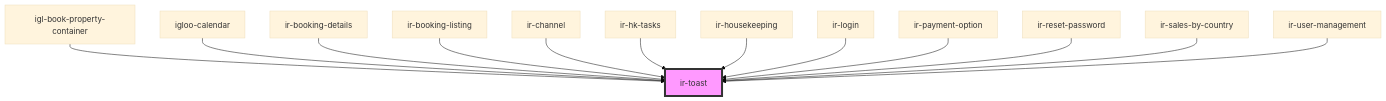
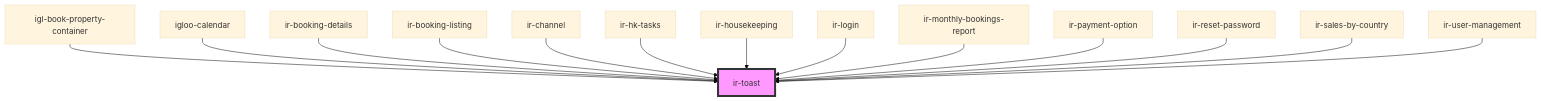
One commit to David1Chowaifaty/modified-ir-webcmp changed the diagram in src/components/ui/ir-toast/readme.md. Above: the diagram before and after it, drawn with Mermaid (base theme). The commit also changed other lines of this file and 58 other files, not shown here.

````diff
--- a/src/components/ui/ir-toast/readme.md
+++ b/src/components/ui/ir-toast/readme.md
@@ -33,16 +34,17 @@
 ```mermaid
 graph TD;
   igl-book-property-container --> ir-toast
   igloo-calendar --> ir-toast
   ir-booking-details --> ir-toast
   ir-booking-listing --> ir-toast
   ir-channel --> ir-toast
   ir-hk-tasks --> ir-toast
   ir-housekeeping --> ir-toast
   ir-login --> ir-toast
+  ir-monthly-bookings-report --> ir-toast
   ir-payment-option --> ir-toast
   ir-reset-password --> ir-toast
   ir-sales-by-country --> ir-toast
   ir-user-management --> ir-toast
   style ir-toast fill:#f9f,stroke:#333,stroke-width:4px
 ```
````
